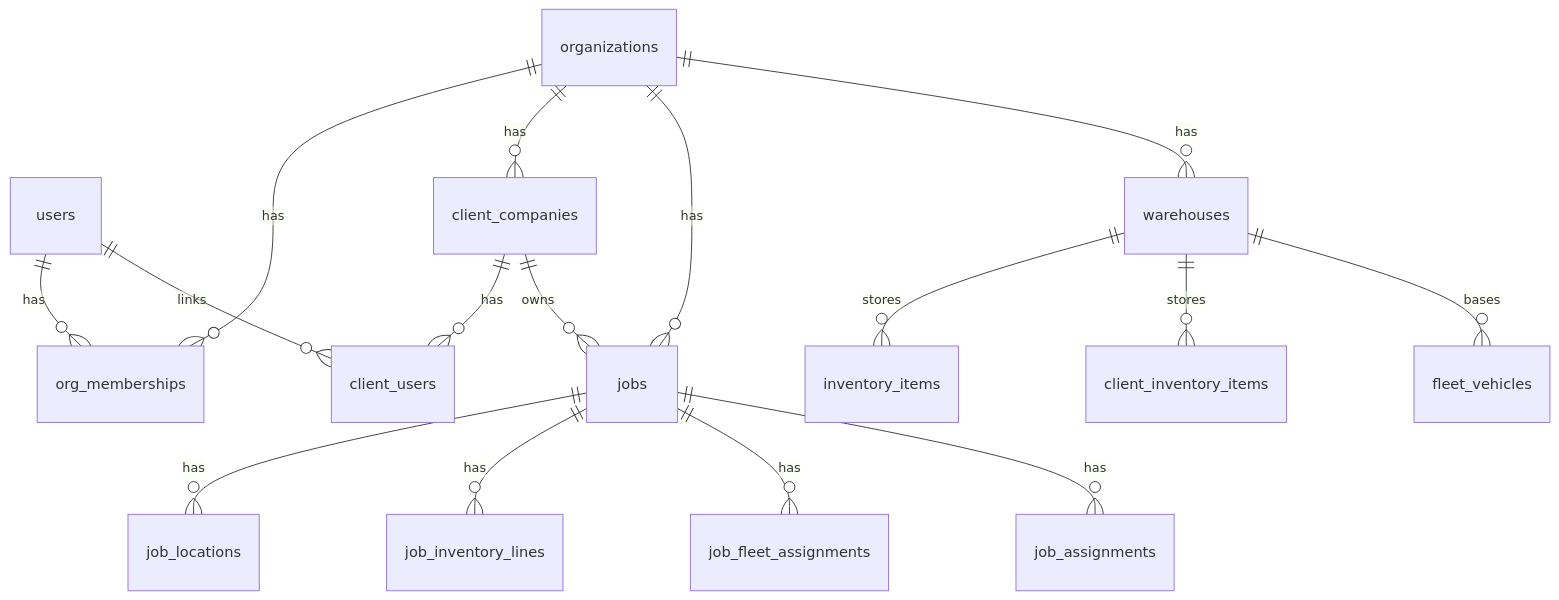
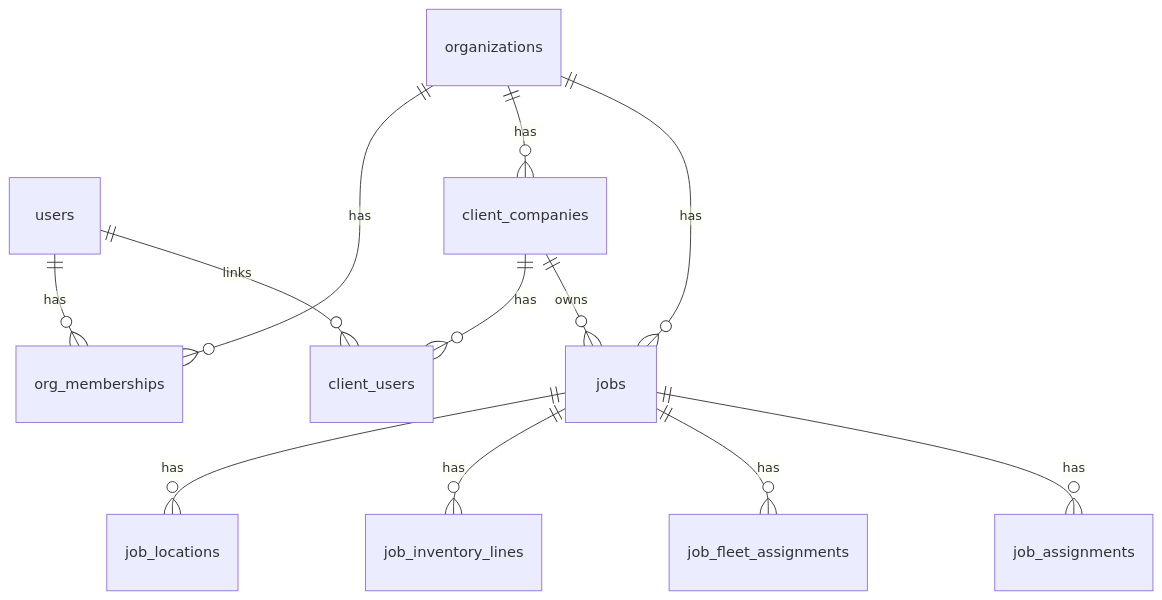
The diagram in docs/SCHEMA.md (jakedcl/logiparty), drawn with Mermaid before and after one commit. The commit also changed other lines of this file and 23 other files, not shown here.

First line of the commit message:
A18a: Inventory hub tabs only; defer warehouses.

````diff
--- a/docs/SCHEMA.md
+++ b/docs/SCHEMA.md
@@ -401,18 +386,14 @@
 ```mermaid
 erDiagram
   organizations ||--o{ org_memberships : has
   users ||--o{ org_memberships : has
   organizations ||--o{ client_companies : has
   client_companies ||--o{ client_users : has
   users ||--o{ client_users : links
   organizations ||--o{ jobs : has
-  organizations ||--o{ warehouses : has
   client_companies ||--o{ jobs : owns
-  warehouses ||--o{ inventory_items : stores
-  warehouses ||--o{ client_inventory_items : stores
-  warehouses ||--o{ fleet_vehicles : bases
   jobs ||--o{ job_locations : has
   jobs ||--o{ job_inventory_lines : has
   jobs ||--o{ job_fleet_assignments : has
   jobs ||--o{ job_assignments : has
 ```
````
